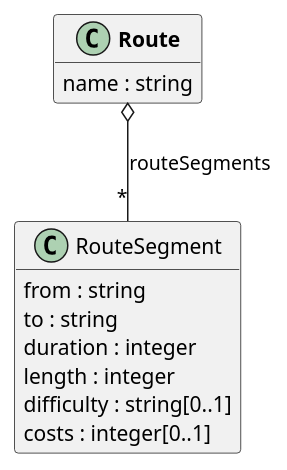
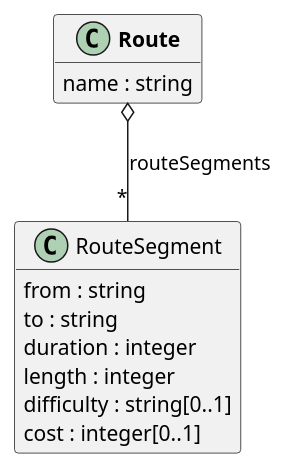
The diagram in aufgaben/a1-uml.puml (ERNICommunity/openapi-workshop), drawn with PlantUML before and after one commit. The commit also changed 11 other files, not shown here.

```diff
--- a/aufgaben/a1-uml.puml
+++ b/aufgaben/a1-uml.puml
@@ -1,22 +1,22 @@
 @startuml
 
 hide empty methods
 hide empty fields
 
 class "<b>Route</b>" {
   {field} name : string
 }
 
 class "RouteSegment" {
   {field} from : string
   {field} to : string
   {field} duration : integer
   {field} length : integer
   {field} difficulty : string[0..1]
-  {field} costs : integer[0..1]
+  {field} cost : integer[0..1]
 }
 
 "<b>Route</b>" o-- "*" "RouteSegment"  :  "routeSegments"
 
 
 @enduml
```
